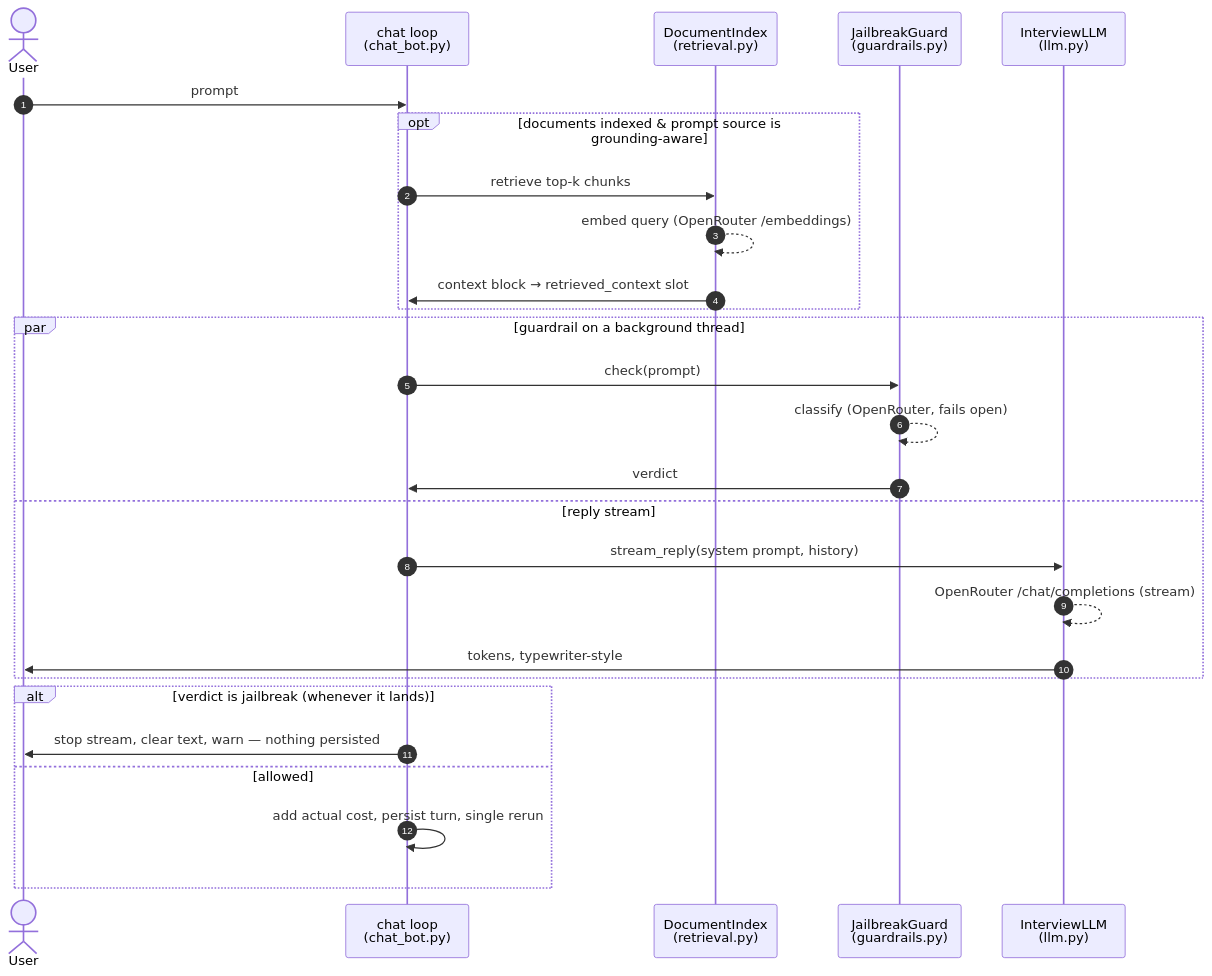
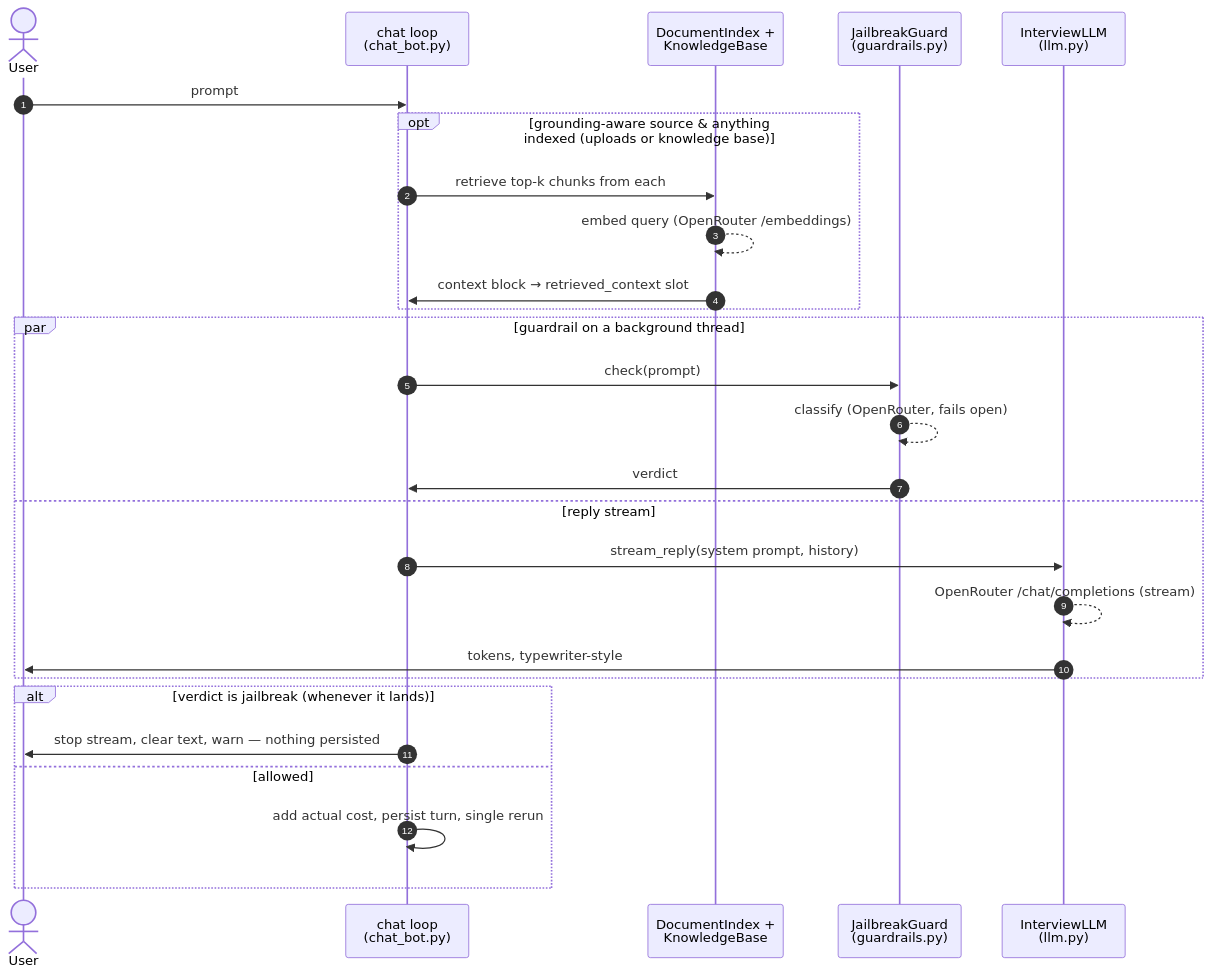
Before and after one commit to DukeOfErl/interv_preper: the first of 5 diagrams in docs/diagrams/architecture.md, drawn with Mermaid. The commit also changed other lines of this file and 19 other files, not shown here.

First line of the commit message:
Add persistent curated knowledge base (SQLite, seeds in git)

````diff
--- a/docs/diagrams/architecture.md
+++ b/docs/diagrams/architecture.md
@@ -18,30 +18,30 @@
 ```mermaid
 sequenceDiagram
     autonumber
     actor U as User
     participant CB as chat loop<br/>(chat_bot.py)
-    participant R as DocumentIndex<br/>(retrieval.py)
+    participant R as DocumentIndex +<br/>KnowledgeBase
     participant G as JailbreakGuard<br/>(guardrails.py)
     participant L as InterviewLLM<br/>(llm.py)
 
     U->>CB: prompt
-    opt documents indexed & prompt source is grounding-aware
-        CB->>R: retrieve top-k chunks
+    opt grounding-aware source & anything indexed (uploads or knowledge base)
+        CB->>R: retrieve top-k chunks from each
         R-->>R: embed query (OpenRouter /embeddings)
         R->>CB: context block → retrieved_context slot
     end
     par guardrail on a background thread
         CB->>G: check(prompt)
         G-->>G: classify (OpenRouter, fails open)
         G->>CB: verdict
     and reply stream
         CB->>L: stream_reply(system prompt, history)
         L-->>L: OpenRouter /chat/completions (stream)
         L->>U: tokens, typewriter-style
     end
     alt verdict is jailbreak (whenever it lands)
         CB->>U: stop stream, clear text, warn — nothing persisted
     else allowed
         CB->>CB: add actual cost, persist turn, single rerun
     end
 ```
````
